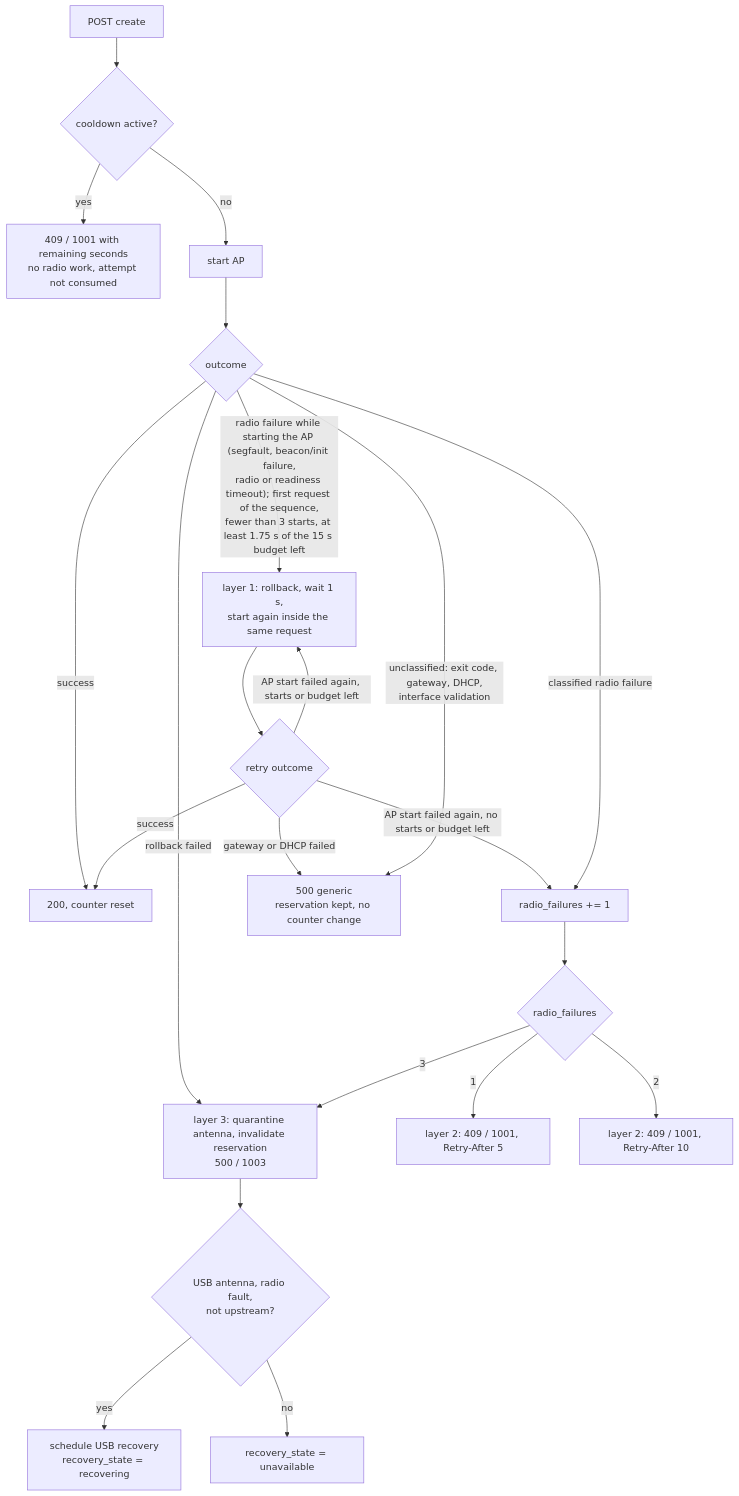
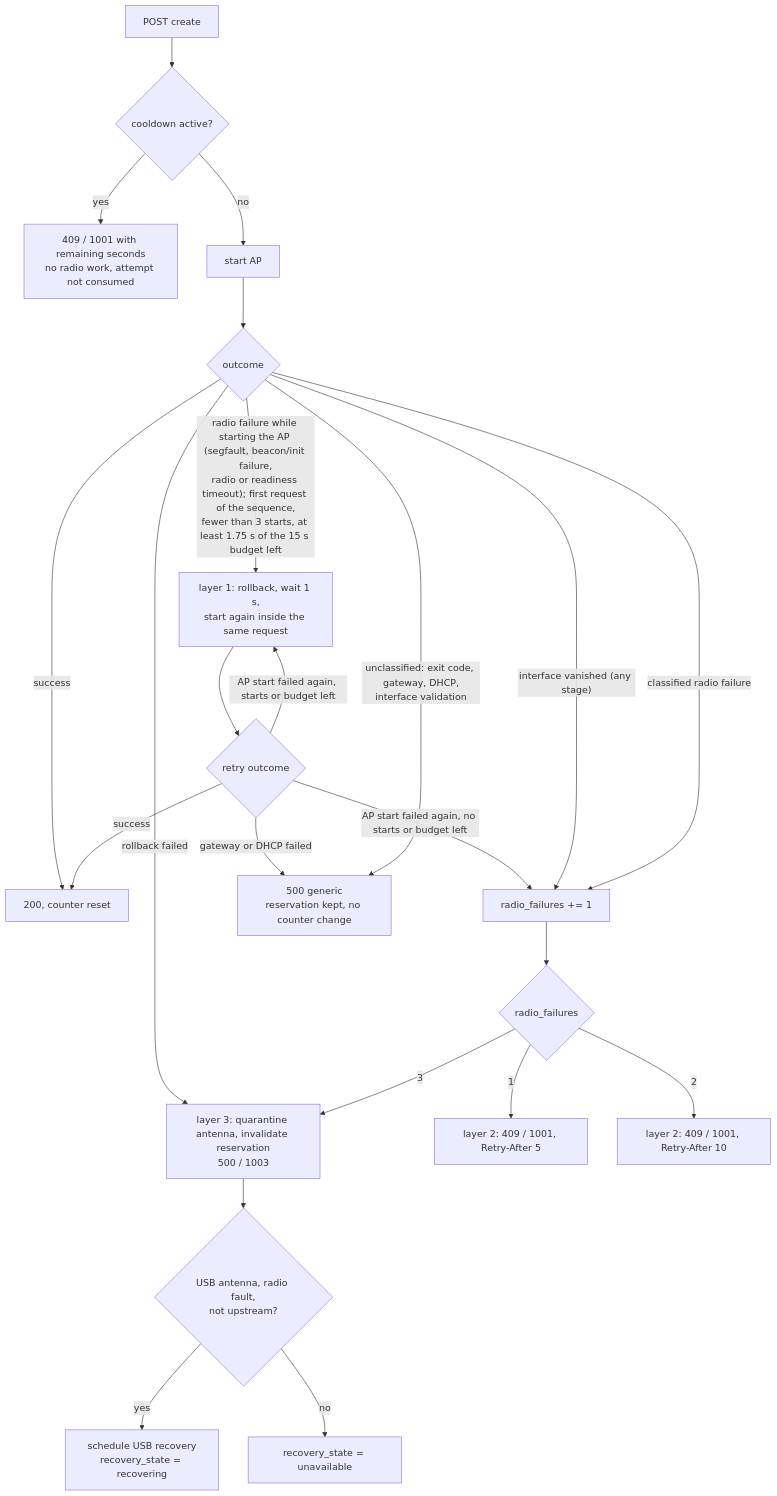
Before and after one commit to caporalesimone/wi-lab: the tenth of 14 diagrams in docs/architecture.md, drawn with Mermaid. The commit also changed other lines of this file and 14 other files, not shown here.

````diff
--- a/docs/architecture.md
+++ b/docs/architecture.md
@@ -505,24 +518,25 @@
 ```mermaid
 flowchart TD
     S["POST create"] --> CD{"cooldown active?"}
     CD -->|yes| R0["409 / 1001 with remaining seconds<br/>no radio work, attempt not consumed"]
     CD -->|no| ST["start AP"]
     ST --> OUT{"outcome"}
     OUT -->|success| OK["200, counter reset"]
     OUT -->|"radio failure while starting the AP (segfault, beacon/init failure,<br/>radio or readiness timeout); first request of the sequence,<br/>fewer than 3 starts, at least 1.75 s of the 15 s budget left"| IR["layer 1: rollback, wait 1 s,<br/>start again inside the same request"]
     IR --> OUT2{"retry outcome"}
     OUT2 -->|success| OK
     OUT2 -->|"AP start failed again, starts or budget left"| IR
     OUT2 -->|"AP start failed again, no starts or budget left"| CL
     OUT2 -->|"gateway or DHCP failed"| G
     OUT -->|"unclassified: exit code, gateway, DHCP,<br/>interface validation"| G["500 generic<br/>reservation kept, no counter change"]
+    OUT -->|"interface vanished (any stage)"| CL
     OUT -->|classified radio failure| CL["radio_failures += 1"]
     OUT -->|rollback failed| Q
     CL --> N{"radio_failures"}
     N -->|1| R5["layer 2: 409 / 1001, Retry-After 5"]
     N -->|2| R10["layer 2: 409 / 1001, Retry-After 10"]
     N -->|3| Q["layer 3: quarantine antenna, invalidate reservation<br/>500 / 1003"]
     Q --> U{"USB antenna, radio fault,<br/>not upstream?"}
     U -->|yes| REC["schedule USB recovery<br/>recovery_state = recovering"]
     U -->|no| UN["recovery_state = unavailable"]
 ```
````
